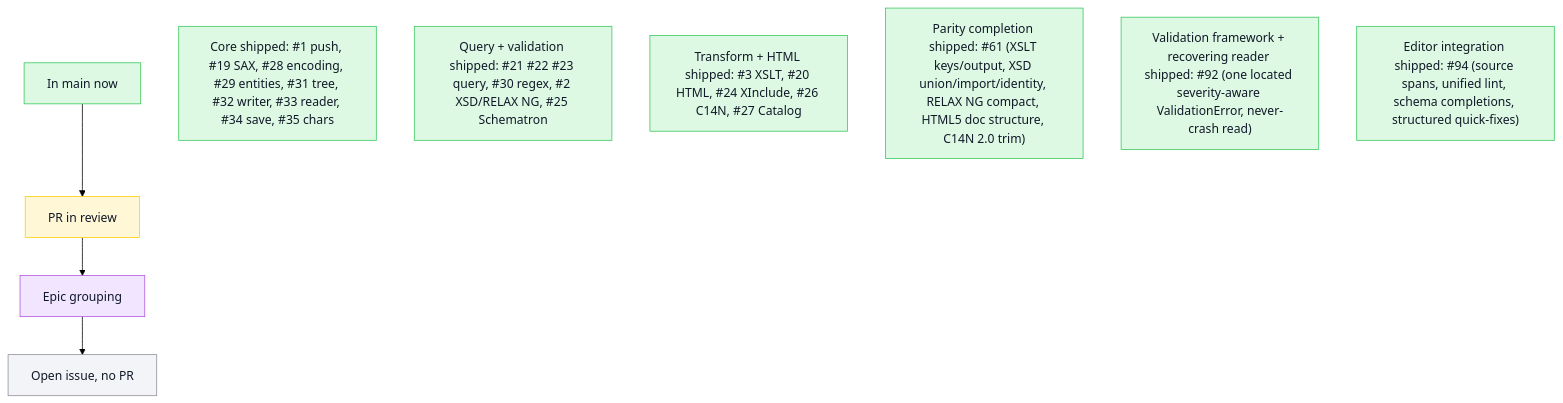
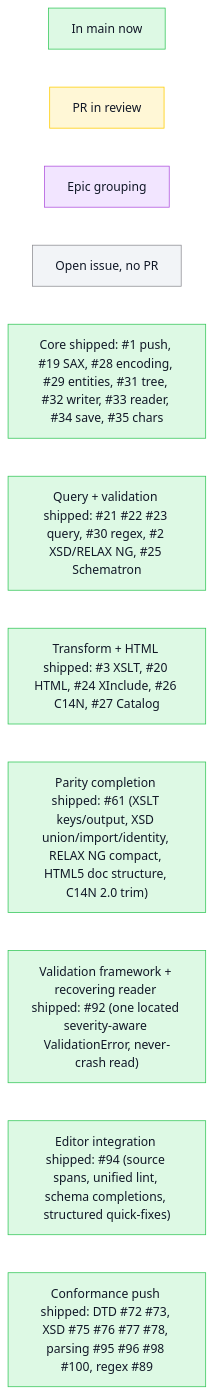
Before and after one commit to mihaelamj/PureXML: the first of 2 diagrams in README.md, drawn with Mermaid (forest theme). The commit also changed other lines of this file, not shown here.

First line of the commit message:
docs(readme): rewrite stale roadmap and make mermaid diagrams vertical

````diff
--- a/README.md
+++ b/README.md
@@ -30,20 +30,28 @@
 ```mermaid
 flowchart TB
   classDef done fill:#ddf9e4,stroke:#34c759,color:#111827
   classDef review fill:#fff7d6,stroke:#ffcc00,color:#111827
   classDef epic fill:#f2e5ff,stroke:#af52de,color:#111827
   classDef todo fill:#f2f4f7,stroke:#8e8e93,color:#111827
   LDone["In main now"]:::done
   LReview["PR in review"]:::review
   LEpic["Epic grouping"]:::epic
   LTodo["Open issue, no PR"]:::todo
   Core["Core shipped: #1 push, #19 SAX, #28 encoding, #29 entities, #31 tree, #32 writer, #33 reader, #34 save, #35 chars"]:::done
   Query["Query + validation shipped: #21 #22 #23 query, #30 regex, #2 XSD/RELAX NG, #25 Schematron"]:::done
   Transform["Transform + HTML shipped: #3 XSLT, #20 HTML, #24 XInclude, #26 C14N, #27 Catalog"]:::done
   Parity["Parity completion shipped: #61 (XSLT keys/output, XSD union/import/identity, RELAX NG compact, HTML5 doc structure, C14N 2.0 trim)"]:::done
   Validator["Validation framework + recovering reader shipped: #92 (one located severity-aware ValidationError, never-crash read)"]:::done
   Editor["Editor integration shipped: #94 (source spans, unified lint, schema completions, structured quick-fixes)"]:::done
-  LDone --> LReview
-  LReview --> LEpic
-  LEpic --> LTodo
+  Conformance["Conformance push shipped: DTD #72 #73, XSD #75 #76 #77 #78, parsing #95 #96 #98 #100, regex #89"]:::done
+  LDone ~~~ LReview
+  LReview ~~~ LEpic
+  LEpic ~~~ LTodo
+  LTodo ~~~ Core
+  Core ~~~ Query
+  Query ~~~ Transform
+  Transform ~~~ Parity
+  Parity ~~~ Validator
+  Validator ~~~ Editor
+  Editor ~~~ Conformance
 ```
````
